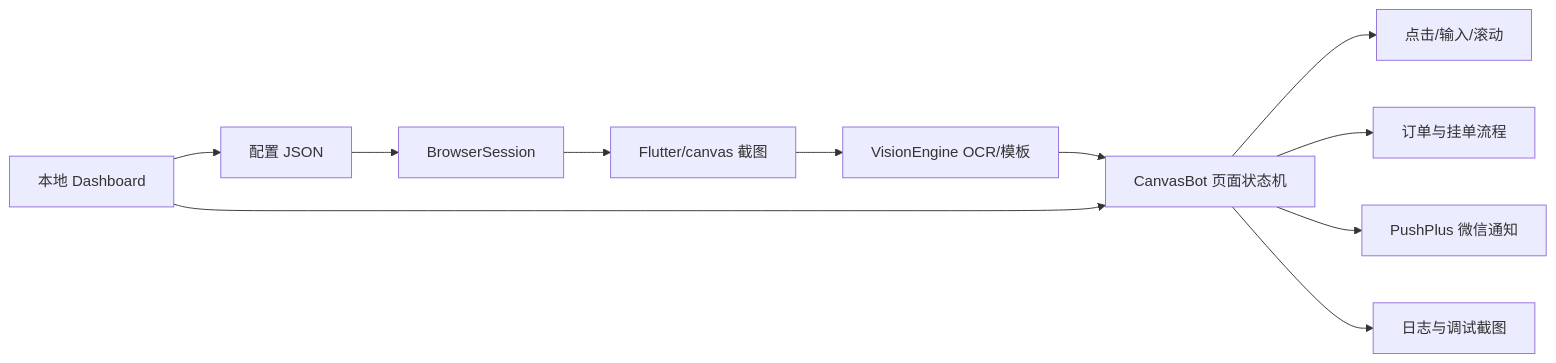
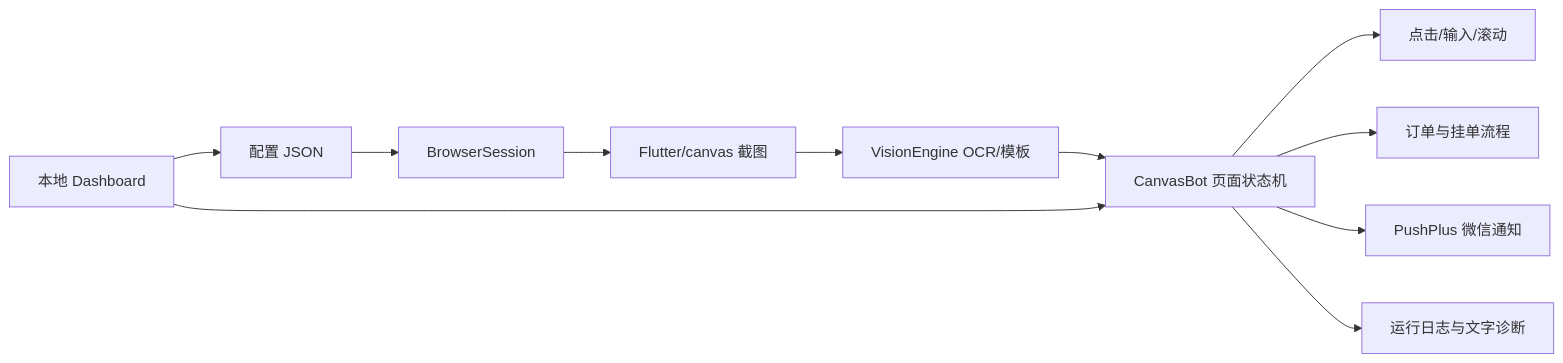
Before and after one commit to 1181983750/NOPAY_AUTO: the diagram in docs/功能模块说明.md, drawn with Mermaid. The commit also changed other lines of this file and 8 other files, not shown here.

````diff
--- a/docs/功能模块说明.md
+++ b/docs/功能模块说明.md
@@ -5,13 +5,13 @@
 ```mermaid
 flowchart LR
     A[配置 JSON] --> B[BrowserSession]
     B --> C[Flutter/canvas 截图]
     C --> D[VisionEngine OCR/模板]
     D --> E[CanvasBot 页面状态机]
     E --> F[点击/输入/滚动]
     E --> G[订单与挂单流程]
     E --> H[PushPlus 微信通知]
     I[本地 Dashboard] --> A
     I --> E
-    E --> J[日志与调试截图]
+    E --> J[运行日志与文字诊断]
 ```
````
